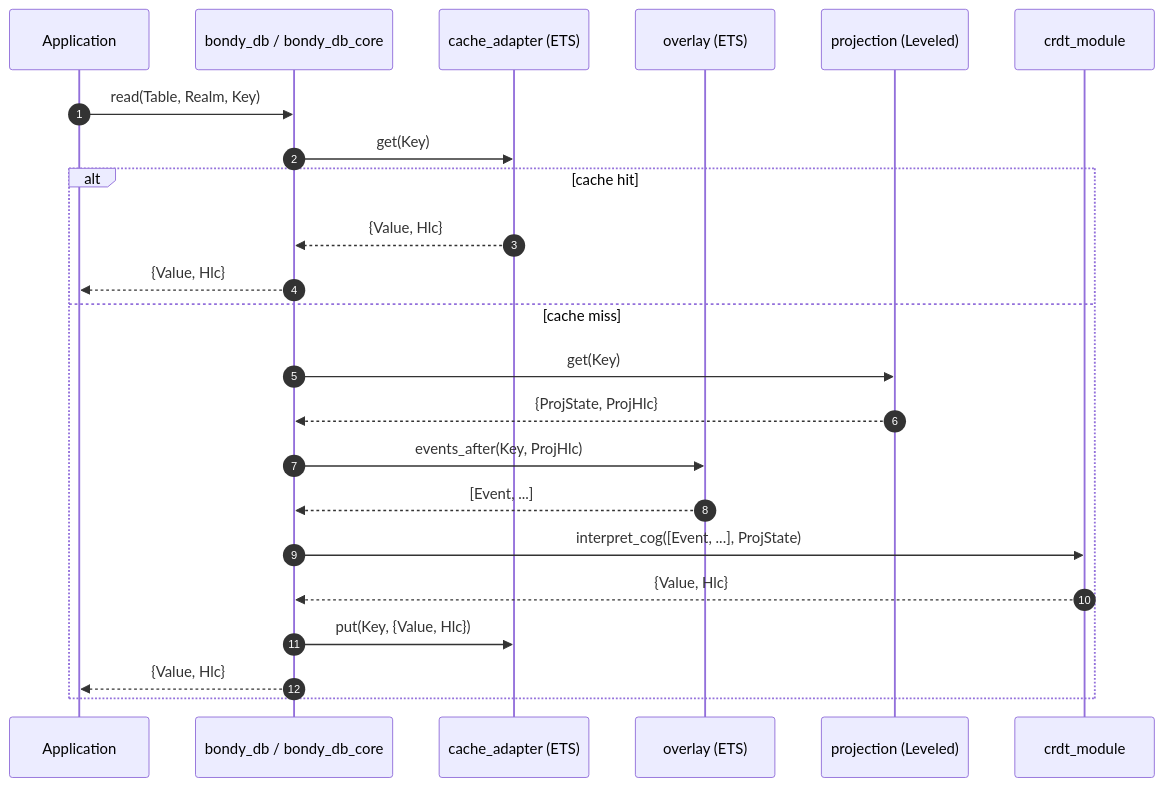
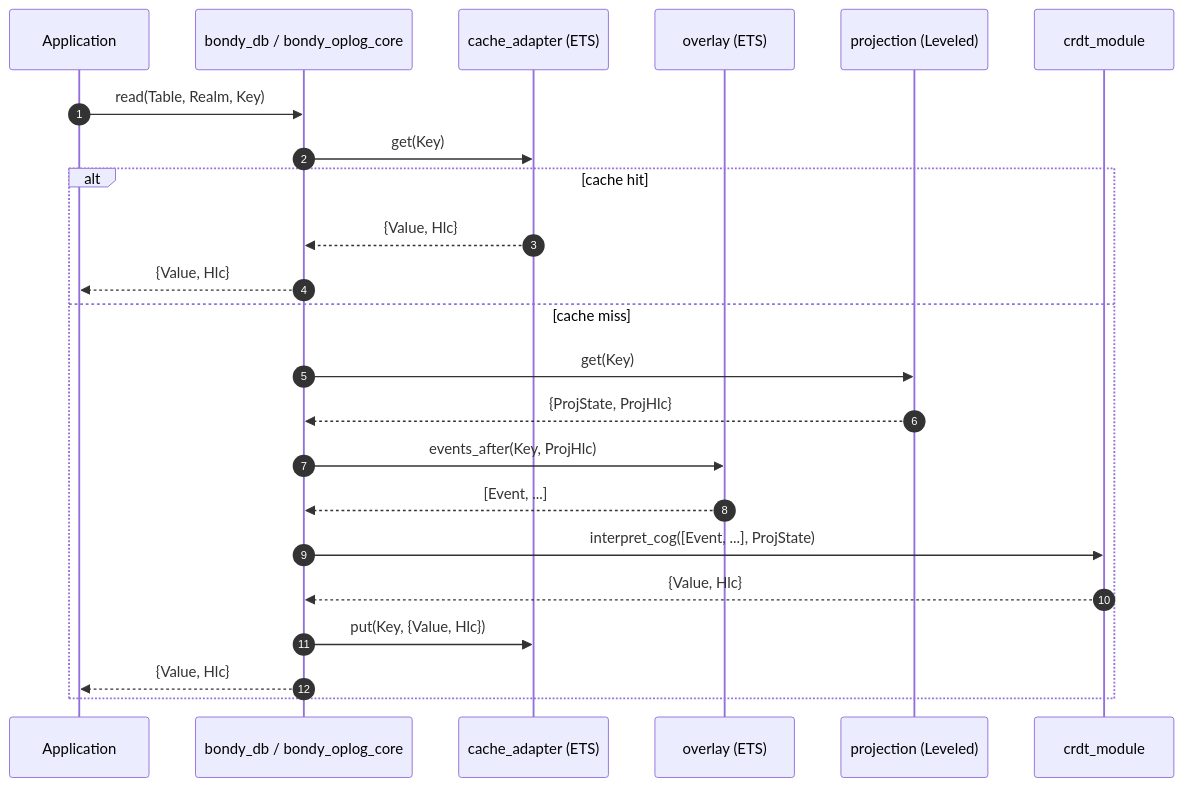
The fourth of 5 diagrams in doc_extras/architecture/00_overview.md (bondy-io/bondy_mst), drawn with Mermaid before and after one commit. The commit also changed other lines of this file and 265 other files, not shown here.

````diff
--- a/doc_extras/architecture/00_overview.md
+++ b/doc_extras/architecture/00_overview.md
@@ -131,26 +131,26 @@
 ```mermaid
 sequenceDiagram
     autonumber
     participant App as Application
-    participant DB as bondy_db / bondy_db_core
+    participant DB as bondy_db / bondy_oplog_core
     participant CACHE as cache_adapter (ETS)
     participant OV as overlay (ETS)
     participant PROJ as projection (Leveled)
     participant CRDT as crdt_module
 
     App->>DB: read(Table, Realm, Key)
     DB->>CACHE: get(Key)
     alt cache hit
         CACHE-->>DB: {Value, Hlc}
         DB-->>App: {Value, Hlc}
     else cache miss
         DB->>PROJ: get(Key)
         PROJ-->>DB: {ProjState, ProjHlc}
         DB->>OV: events_after(Key, ProjHlc)
         OV-->>DB: [Event, ...]
         DB->>CRDT: interpret_cog([Event, ...], ProjState)
         CRDT-->>DB: {Value, Hlc}
         DB->>CACHE: put(Key, {Value, Hlc})
         DB-->>App: {Value, Hlc}
     end
 ```
````
